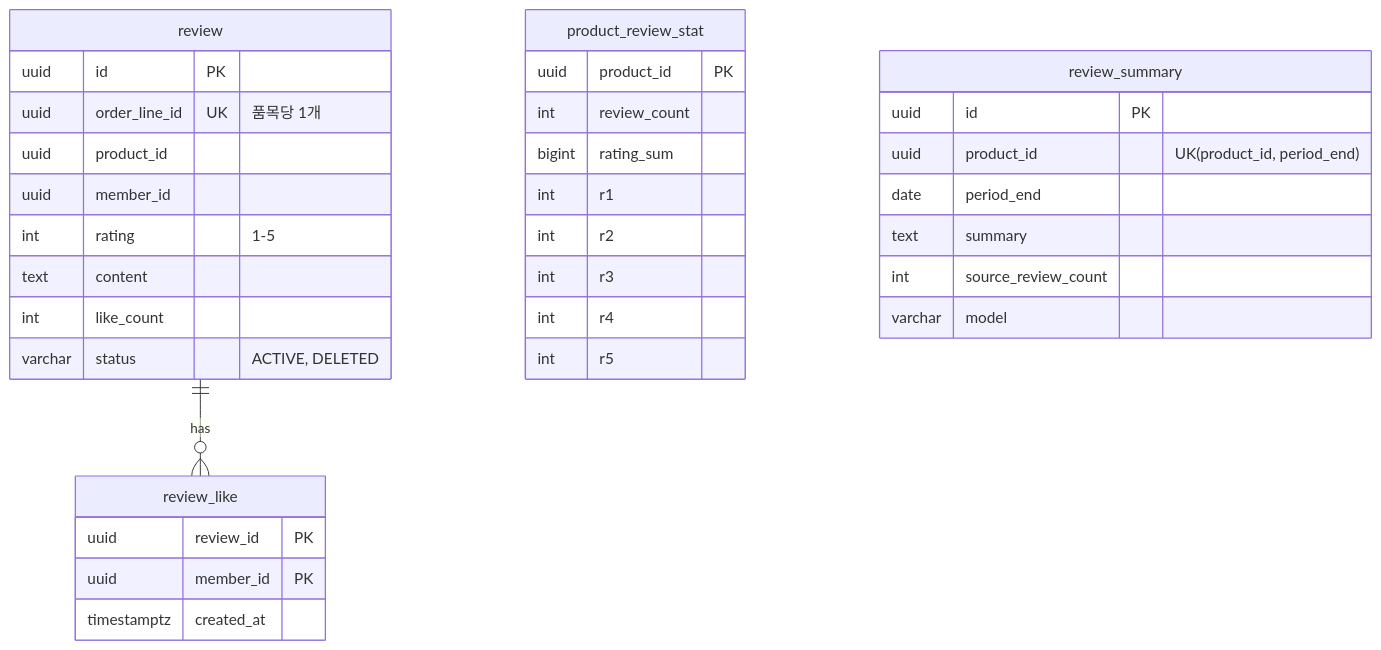
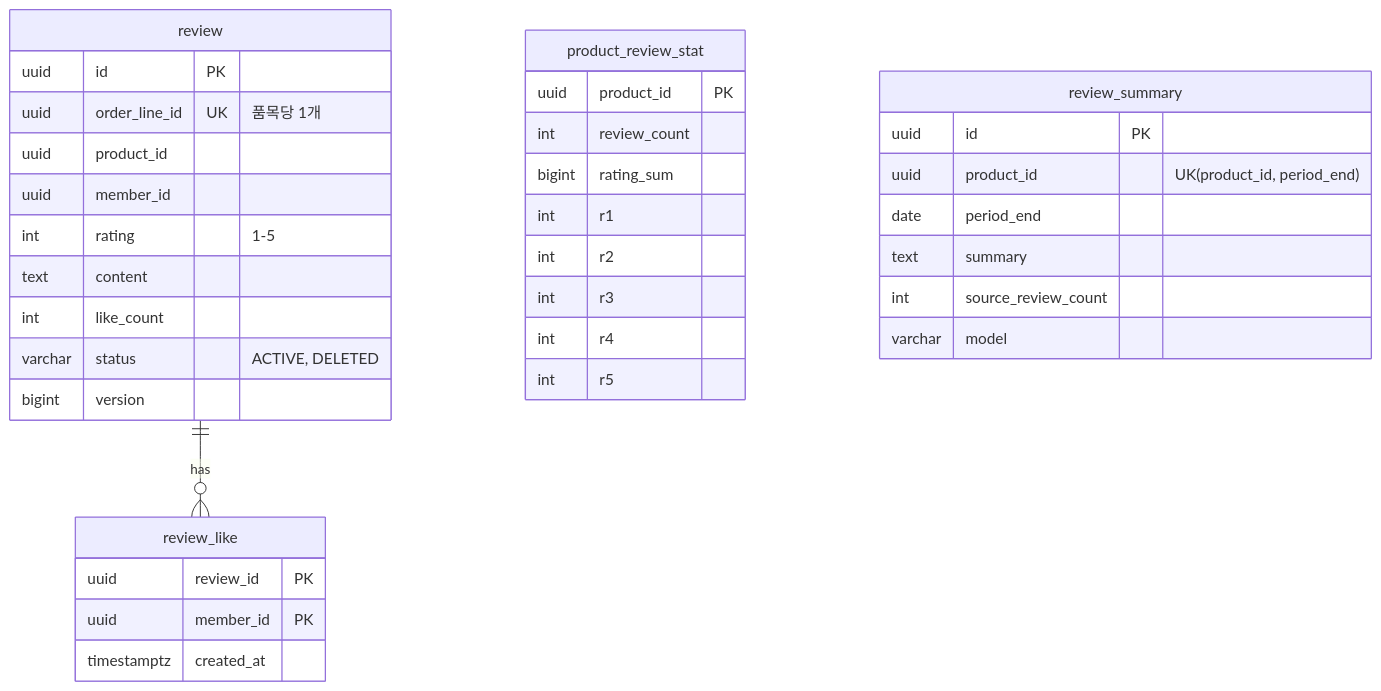
One commit to 95twan/myroutine-v2 changed the seventh of 10 diagrams in docs/02-design/03-erd.md. Above: the diagram before and after it, drawn with Mermaid. The commit also changed other lines of this file and 24 other files, not shown here.

````diff
--- a/docs/02-design/03-erd.md
+++ b/docs/02-design/03-erd.md
@@ -357,37 +366,38 @@
 ```mermaid
 erDiagram
   review ||--o{ review_like : has
   review {
     uuid id PK
     uuid order_line_id UK "품목당 1개"
     uuid product_id
     uuid member_id
     int rating "1-5"
     text content
     int like_count
     varchar status "ACTIVE, DELETED"
+    bigint version
   }
   review_like {
     uuid review_id PK
     uuid member_id PK
     timestamptz created_at
   }
   product_review_stat {
     uuid product_id PK
     int review_count
     bigint rating_sum
     int r1
     int r2
     int r3
     int r4
     int r5
   }
   review_summary {
     uuid id PK
     uuid product_id "UK(product_id, period_end)"
     date period_end
     text summary
     int source_review_count
     varchar model
   }
 ```
````
